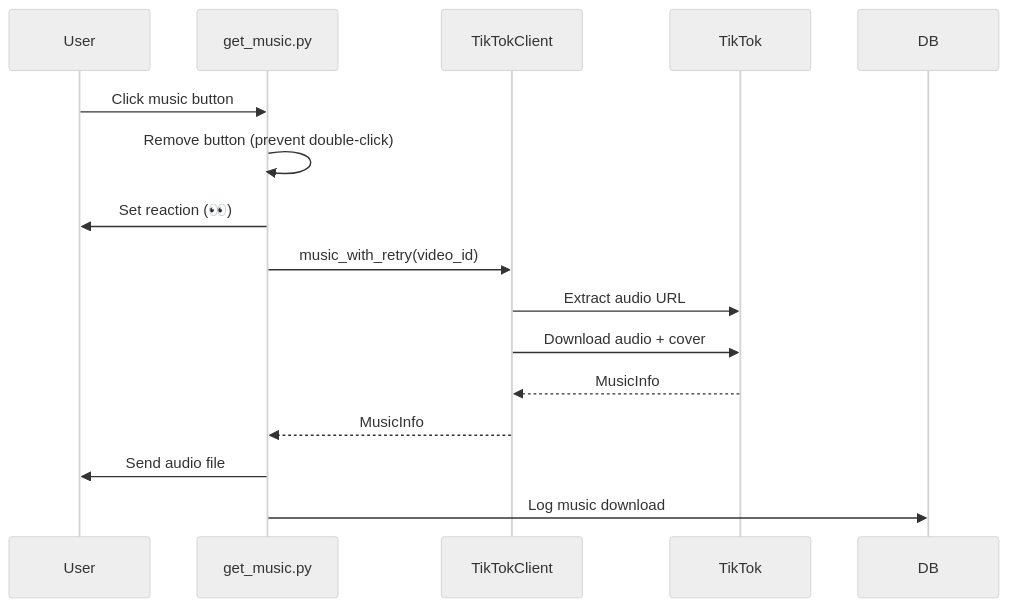
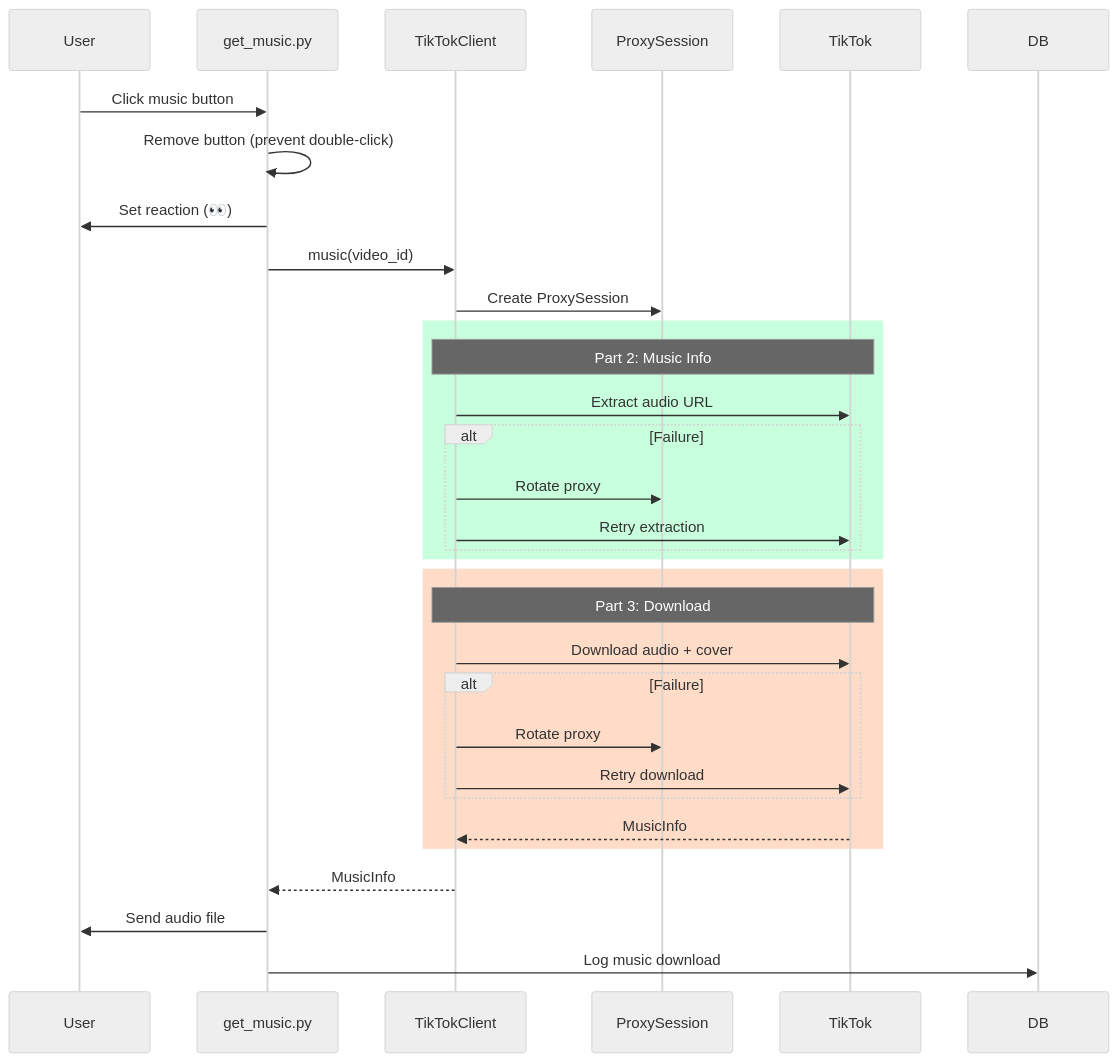
One commit to karilaa-dev/tt-bot changed the fourth of 5 diagrams in docs/CODEBASE_MAP.md. Above: the diagram before and after it, drawn with Mermaid (neutral theme). The commit also changed other lines of this file, not shown here.

First line of the commit message:
Update codebase documentation with 3-part retry strategy

````diff
--- a/docs/CODEBASE_MAP.md
+++ b/docs/CODEBASE_MAP.md
@@ -283,19 +371,39 @@
 ```mermaid
 sequenceDiagram
     participant User
     participant Handler as get_music.py
     participant Client as TikTokClient
+    participant PS as ProxySession
     participant TikTok
     participant DB
 
     User->>Handler: Click music button
     Handler->>Handler: Remove button (prevent double-click)
     Handler->>User: Set reaction (👀)
-    Handler->>Client: music_with_retry(video_id)
-    Client->>TikTok: Extract audio URL
-    Client->>TikTok: Download audio + cover
-    TikTok-->>Client: MusicInfo
+    Handler->>Client: music(video_id)
+
+    Client->>PS: Create ProxySession
+
+    rect rgb(200, 255, 220)
+        Note over Client,TikTok: Part 2: Music Info
+        Client->>TikTok: Extract audio URL
+        alt Failure
+            Client->>PS: Rotate proxy
+            Client->>TikTok: Retry extraction
+        end
+    end
+
+    rect rgb(255, 220, 200)
+        Note over Client,TikTok: Part 3: Download
+        Client->>TikTok: Download audio + cover
+        alt Failure
+            Client->>PS: Rotate proxy
+            Client->>TikTok: Retry download
+        end
+        TikTok-->>Client: MusicInfo
+    end
+
     Client-->>Handler: MusicInfo
     Handler->>User: Send audio file
     Handler->>DB: Log music download
 ```
````
